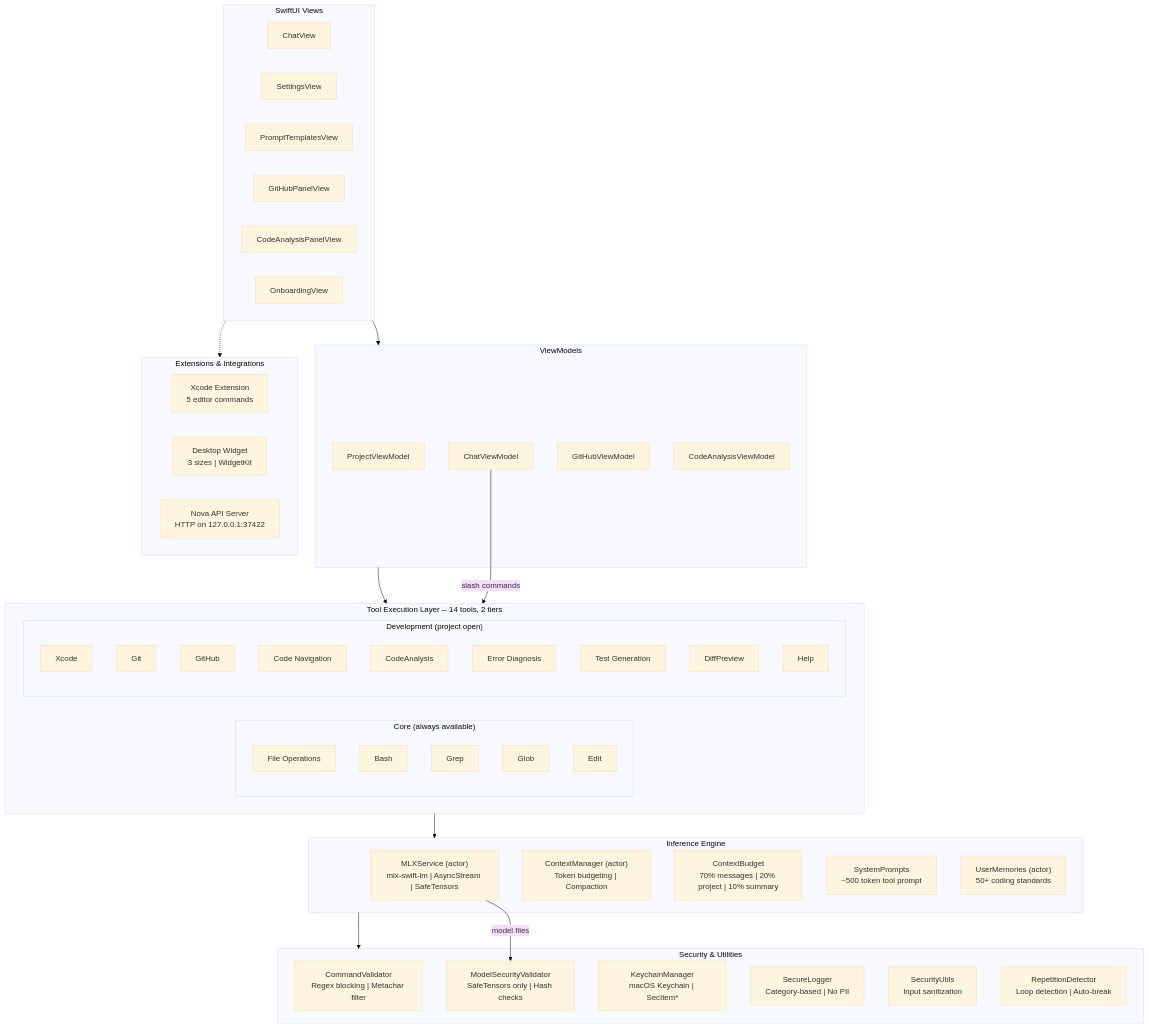
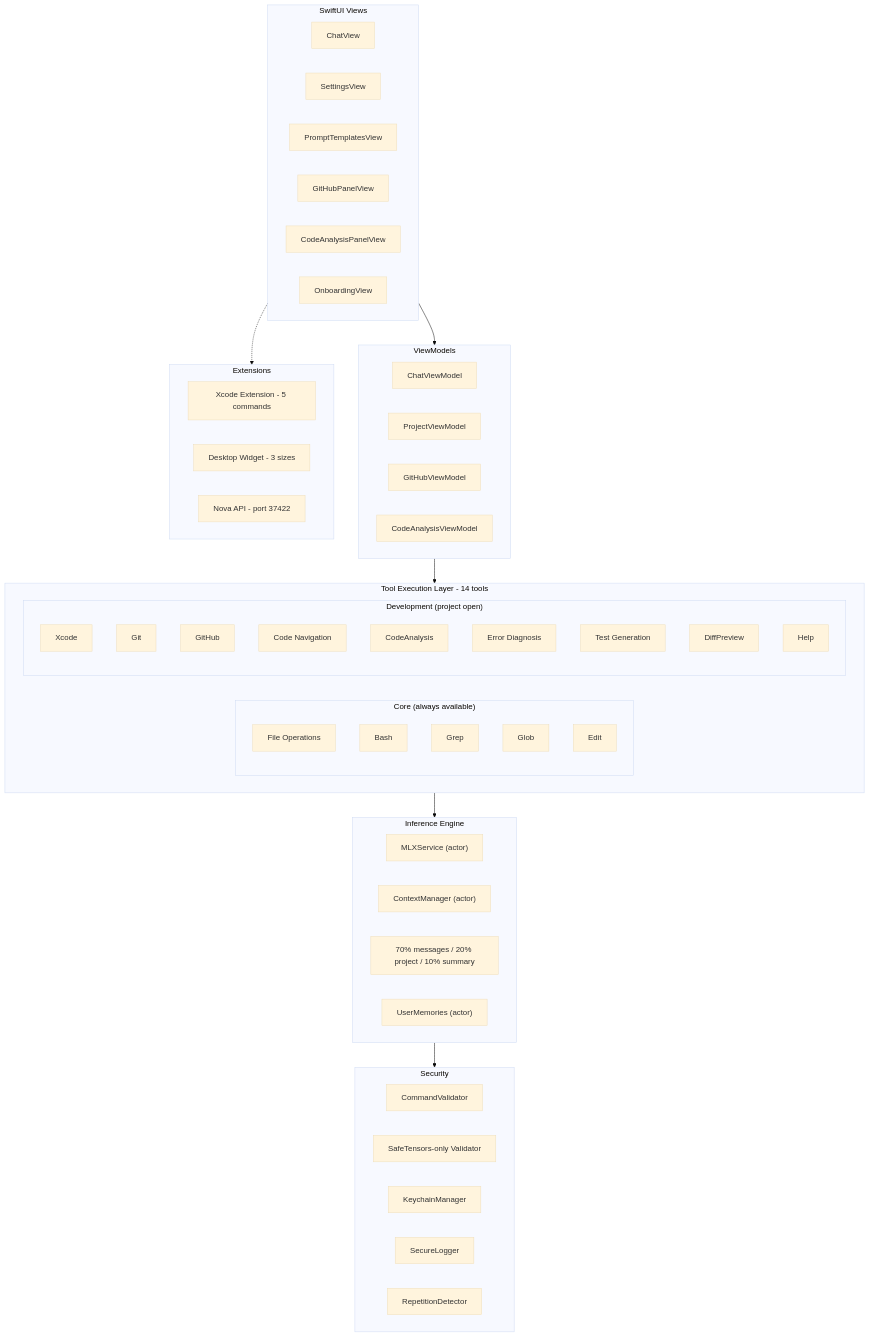
Before and after one commit to kochj23/MLXCode: the first of 2 diagrams in README.md, drawn with Mermaid (base theme). The commit also changed other lines of this file, not shown here.

Commit message:
docs: Rewrite README with mermaid architecture diagrams

````diff
--- a/README.md
+++ b/README.md
@@ -17,71 +20,67 @@
 ```mermaid
 graph TB
     subgraph Views["SwiftUI Views"]
         ChatView
         SettingsView
         PromptTemplatesView
         GitHubPanelView
         CodeAnalysisPanelView
         OnboardingView
     end
 
-    subgraph ViewModels["ViewModels"]
+    subgraph ViewModels
         ChatVM["ChatViewModel"]
         ProjectVM["ProjectViewModel"]
         GitHubVM["GitHubViewModel"]
         CodeAnalysisVM["CodeAnalysisViewModel"]
     end
 
-    subgraph Tools["Tool Execution Layer -- 14 tools, 2 tiers"]
+    subgraph Tools["Tool Execution Layer - 14 tools"]
         direction LR
         subgraph Core["Core (always available)"]
             FileOps["File Operations"]
             Bash
             Grep
             Glob
             Edit
         end
         subgraph Dev["Development (project open)"]
             Xcode
             Git
             GitHub
             CodeNav["Code Navigation"]
             CodeAnalysis
             ErrorDiag["Error Diagnosis"]
             TestGen["Test Generation"]
             DiffPreview
             Help
         end
     end
 
     subgraph Engine["Inference Engine"]
-        MLXService["MLXService (actor)\nmlx-swift-lm | AsyncStream | SafeTensors"]
-        ContextManager["ContextManager (actor)\nToken budgeting | Compaction"]
-        ContextBudget["ContextBudget\n70% messages | 20% project | 10% summary"]
-        SystemPrompts["SystemPrompts\n~500 token tool prompt"]
-        UserMemories["UserMemories (actor)\n50+ coding standards"]
+        MLXService["MLXService (actor)"]
+        ContextManager["ContextManager (actor)"]
+        ContextBudget["70% messages / 20% project / 10% summary"]
+        UserMemories["UserMemories (actor)"]
     end
 
-    subgraph Security["Security & Utilities"]
-        CommandValidator["CommandValidator\nRegex blocking | Metachar filter"]
-        ModelSecurity["ModelSecurityValidator\nSafeTensors only | Hash checks"]
-        Keychain["KeychainManager\nmacOS Keychain | SecItem*"]
-        SecureLogger["SecureLogger\nCategory-based | No PII"]
-        SecurityUtils["SecurityUtils\nInput sanitization"]
-        RepDetector["RepetitionDetector\nLoop detection | Auto-break"]
+    subgraph Security
+        CommandValidator
+        ModelSecurityValidator["SafeTensors-only Validator"]
+        KeychainManager
+        SecureLogger
+        RepDetector["RepetitionDetector"]
     end
 
-    subgraph External["Extensions & Integrations"]
-        XcodeExt["Xcode Extension\n5 editor commands"]
-        Widget["Desktop Widget\n3 sizes | WidgetKit"]
-        NovaAPI["Nova API Server\nHTTP on 127.0.0.1:37422"]
+    subgraph External["Extensions"]
+        XcodeExt["Xcode Extension - 5 commands"]
+        Widget["Desktop Widget - 3 sizes"]
+        NovaAPI["Nova API - port 37422"]
     end
 
     Views --> ViewModels
     ViewModels --> Tools
     Tools --> Engine
     Engine --> Security
-    MLXService --> |"model files"| ModelSecurity
-    ChatVM --> |"slash commands"| Tools
     Views -.-> External
 ```
````
